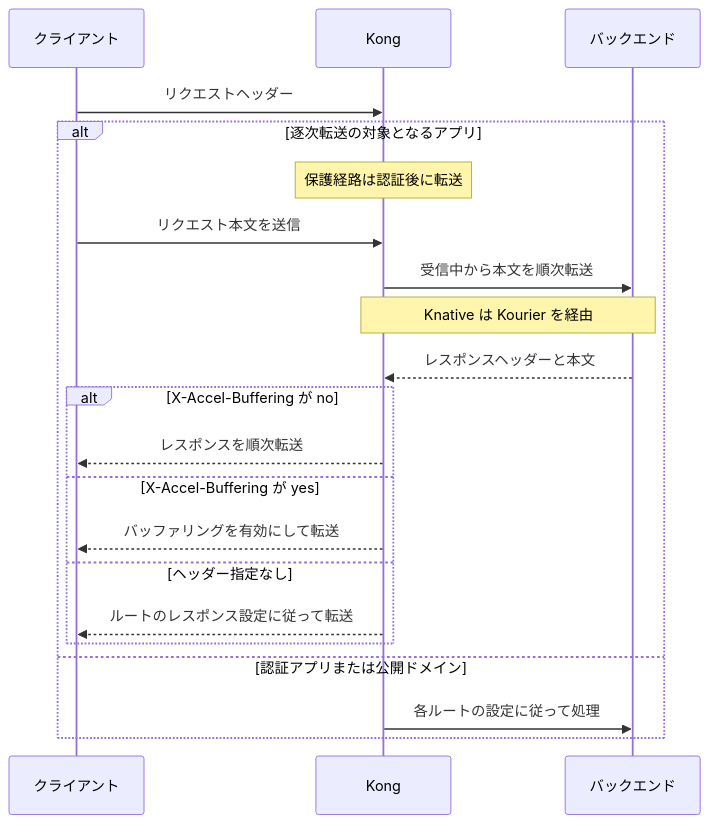
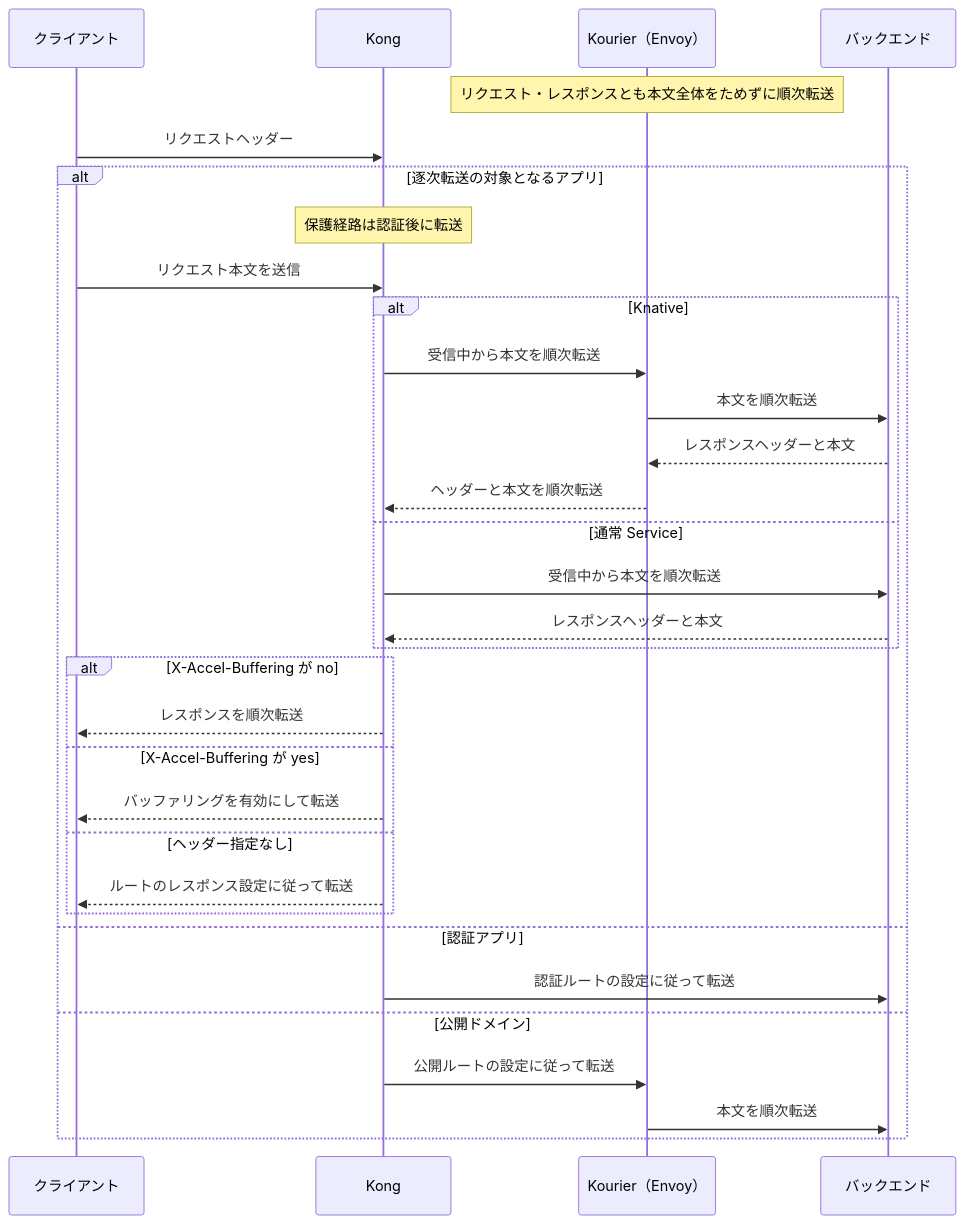
One commit to sasano8/infra-kubernetes changed the diagram in docs/streaming.md. Above: the diagram before and after it, drawn with Mermaid. The commit also changed other lines of this file, not shown here.

Commit message:
Show Kourier as a streaming hop in the diagram

````diff
--- a/docs/streaming.md
+++ b/docs/streaming.md
@@ -15,23 +15,34 @@
 ```mermaid
 sequenceDiagram
     participant C as クライアント
     participant K as Kong
+    participant Q as Kourier（Envoy）
     participant B as バックエンド
+    Note over Q: リクエスト・レスポンスとも本文全体をためずに順次転送
     C->>K: リクエストヘッダー
     alt 逐次転送の対象となるアプリ
         Note over K: 保護経路は認証後に転送
         C->>K: リクエスト本文を送信
-        K->>B: 受信中から本文を順次転送
-        Note over K,B: Knative は Kourier を経由
-        B-->>K: レスポンスヘッダーと本文
+        alt Knative
+            K->>Q: 受信中から本文を順次転送
+            Q->>B: 本文を順次転送
+            B-->>Q: レスポンスヘッダーと本文
+            Q-->>K: ヘッダーと本文を順次転送
+        else 通常 Service
+            K->>B: 受信中から本文を順次転送
+            B-->>K: レスポンスヘッダーと本文
+        end
         alt X-Accel-Buffering が no
             K-->>C: レスポンスを順次転送
         else X-Accel-Buffering が yes
             K-->>C: バッファリングを有効にして転送
         else ヘッダー指定なし
             K-->>C: ルートのレスポンス設定に従って転送
         end
-    else 認証アプリまたは公開ドメイン
-        K->>B: 各ルートの設定に従って処理
+    else 認証アプリ
+        K->>B: 認証ルートの設定に従って転送
+    else 公開ドメイン
+        K->>Q: 公開ルートの設定に従って転送
+        Q->>B: 本文を順次転送
     end
 ```
````
